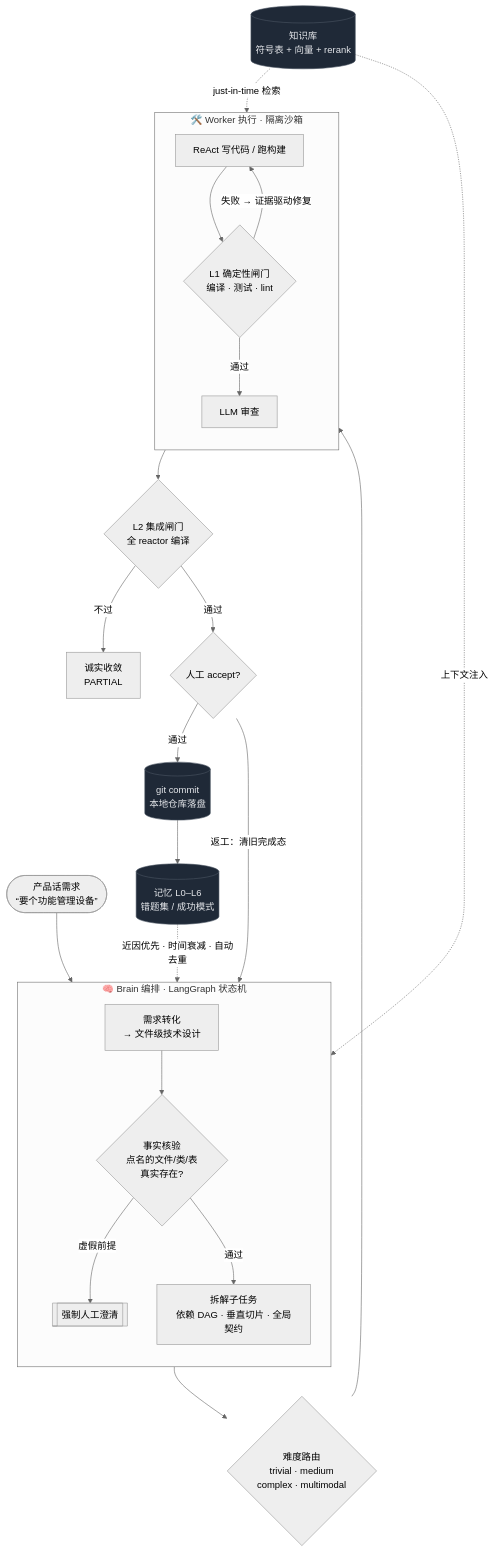
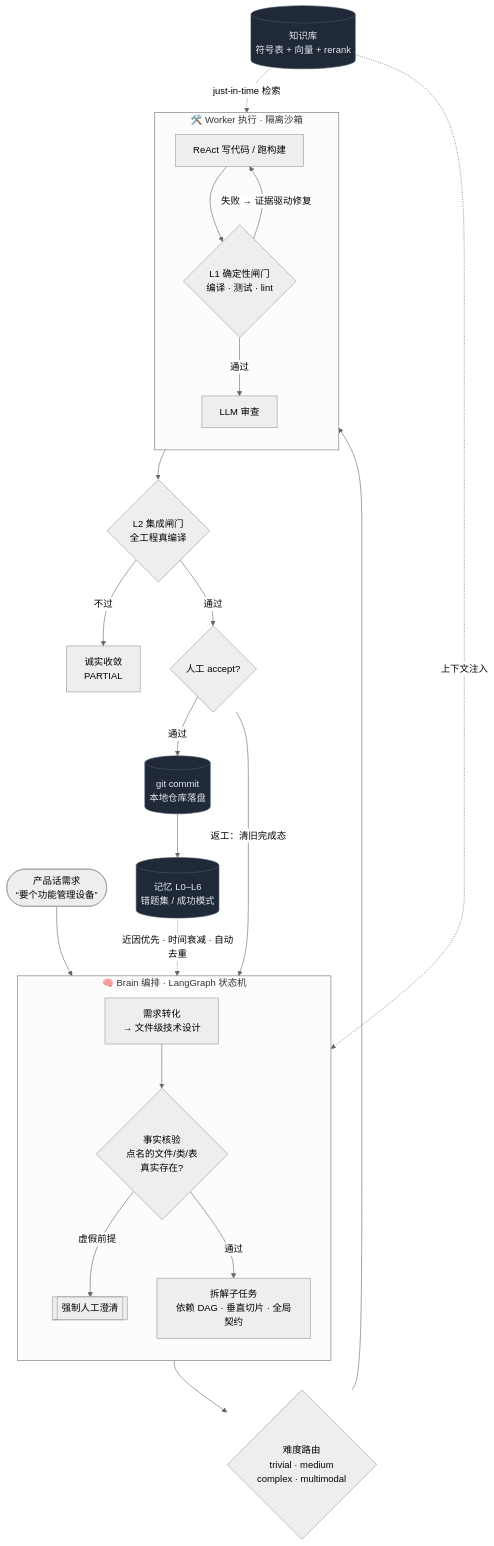
One commit to Victzhang79/Swarm changed the first of 4 diagrams in README.md. Above: the diagram before and after it, drawn with Mermaid (neutral theme). The commit also changed other lines of this file, not shown here.

````diff
--- a/README.md
+++ b/README.md
@@ -92,35 +92,35 @@
 ```mermaid
 flowchart TB
     U([产品话需求<br/>“要个功能管理设备”]) --> B1
 
     subgraph Brain["🧠 Brain 编排 · LangGraph 状态机"]
         direction TB
         B1[需求转化<br/>→ 文件级技术设计] --> B2{事实核验<br/>点名的文件/类/表<br/>真实存在?}
         B2 -->|虚假前提| HC[[强制人工澄清]]
         B2 -->|通过| B3[拆解子任务<br/>依赖 DAG · 垂直切片 · 全局契约]
     end
 
     B3 --> R{难度路由<br/>trivial · medium<br/>complex · multimodal}
 
     subgraph Worker["🛠️ Worker 执行 · 隔离沙箱"]
         direction TB
         W1[ReAct 写代码 / 跑构建] --> G{L1 确定性闸门<br/>编译 · 测试 · lint}
         G -->|失败 → 证据驱动修复| W1
         G -->|通过| LR[LLM 审查]
     end
 
     R --> W1
-    LR --> L2{L2 集成闸门<br/>全 reactor 编译}
+    LR --> L2{L2 集成闸门<br/>全工程真编译}
     L2 -->|不过| PT[诚实收敛<br/>PARTIAL]
     L2 -->|通过| HM{人工 accept?}
     HM -->|返工：清旧完成态| B3
     HM -->|通过| CM[(git commit<br/>本地仓库落盘)]
     CM --> MEM[(记忆 L0–L6<br/>错题集 / 成功模式)]
 
     KB[(知识库<br/>符号表 + 向量 + rerank)] -. 上下文注入 .-> B3
     KB -. just-in-time 检索 .-> W1
     MEM -. 近因优先 · 时间衰减 · 自动去重 .-> B1
 
     classDef store fill:#1f2937,stroke:#4b5563,color:#e5e7eb;
     class MEM,KB,CM store;
 ```
````
